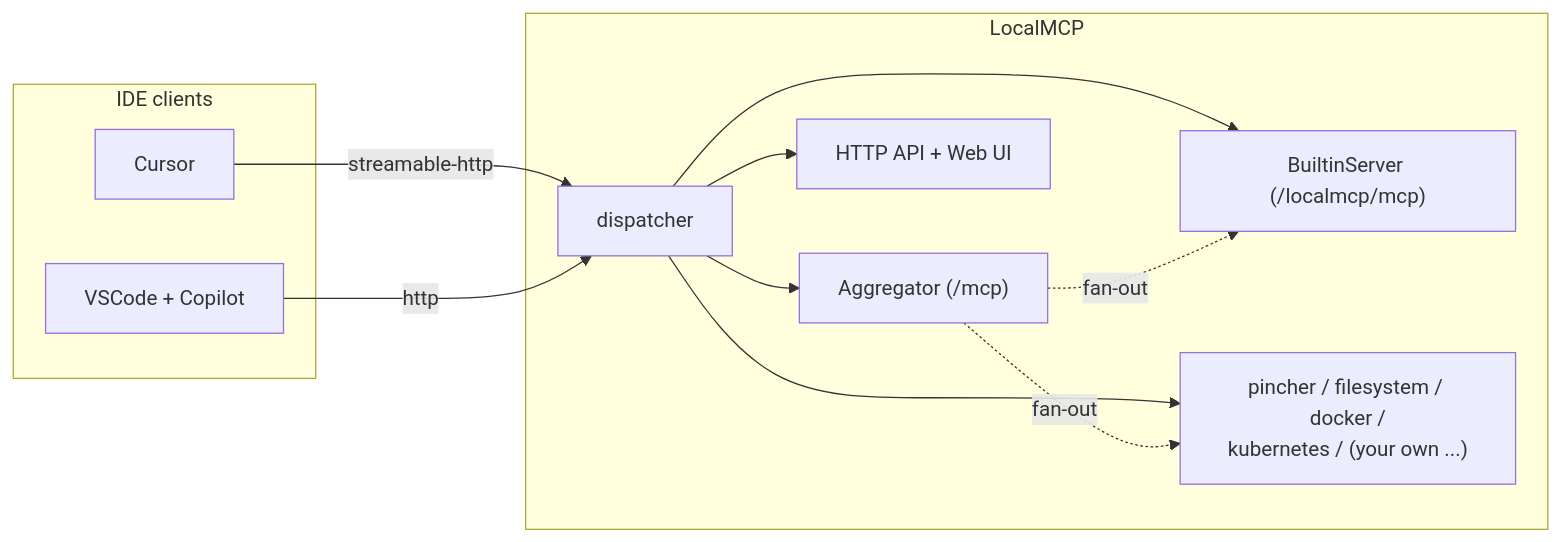
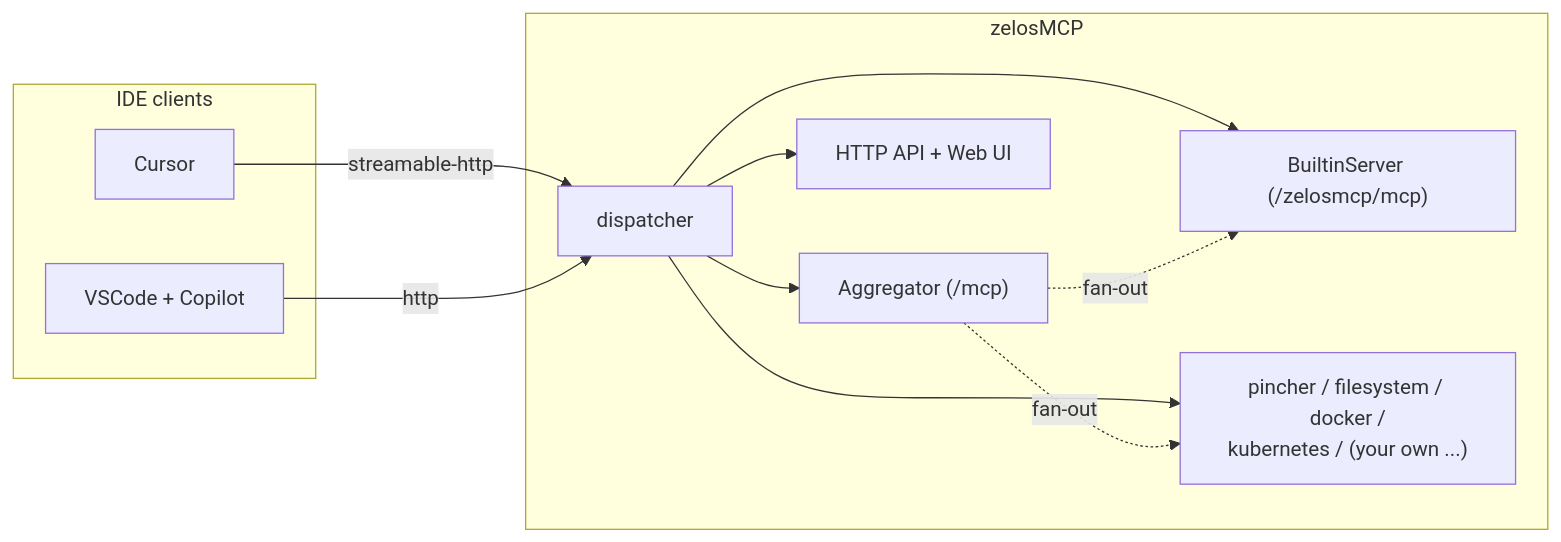
One commit to kmechlin/zelosmcp changed the diagram in README.md. Above: the diagram before and after it, drawn with Mermaid. The commit also changed other lines of this file and 52 other files, not shown here.

````diff
--- a/README.md
+++ b/README.md
@@ -26,22 +28,22 @@
 ```mermaid
 flowchart LR
   subgraph clients [IDE clients]
     cursor["Cursor"]
     vscode["VSCode + Copilot"]
   end
-  subgraph proxy [LocalMCP]
+  subgraph proxy [zelosMCP]
     dispatch["dispatcher"]
     agg["Aggregator (/mcp)"]
-    builtin["BuiltinServer (/localmcp/mcp)"]
+    builtin["BuiltinServer (/zelosmcp/mcp)"]
     other["pincher / filesystem / docker /\nkubernetes / (your own ...)"]
     api["HTTP API + Web UI"]
   end
   cursor -->|"streamable-http"| dispatch
   vscode -->|"http"| dispatch
   dispatch --> agg
   dispatch --> builtin
   dispatch --> other
   dispatch --> api
   agg -.->|"fan-out"| builtin
   agg -.->|"fan-out"| other
 ```
````
